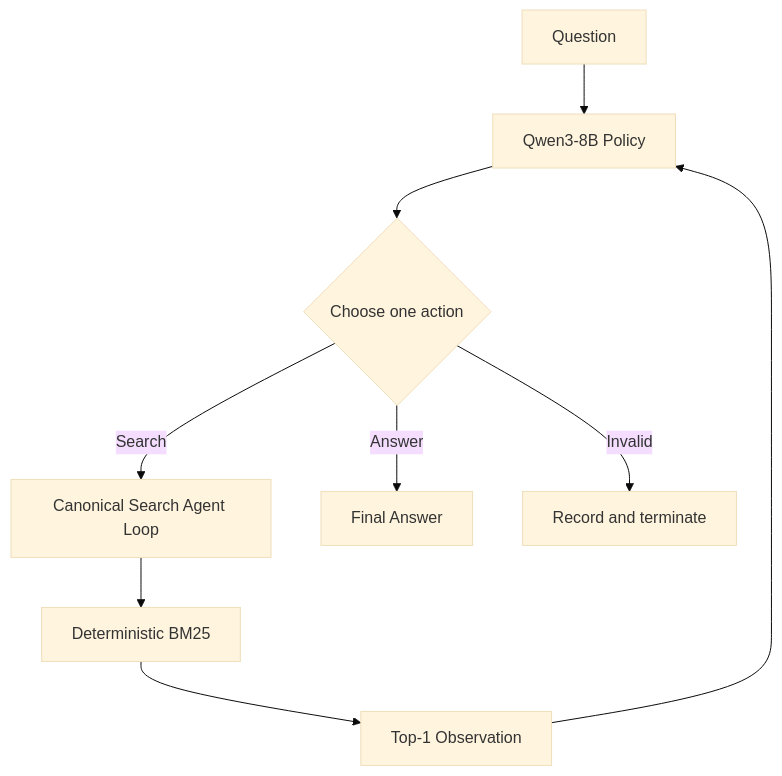
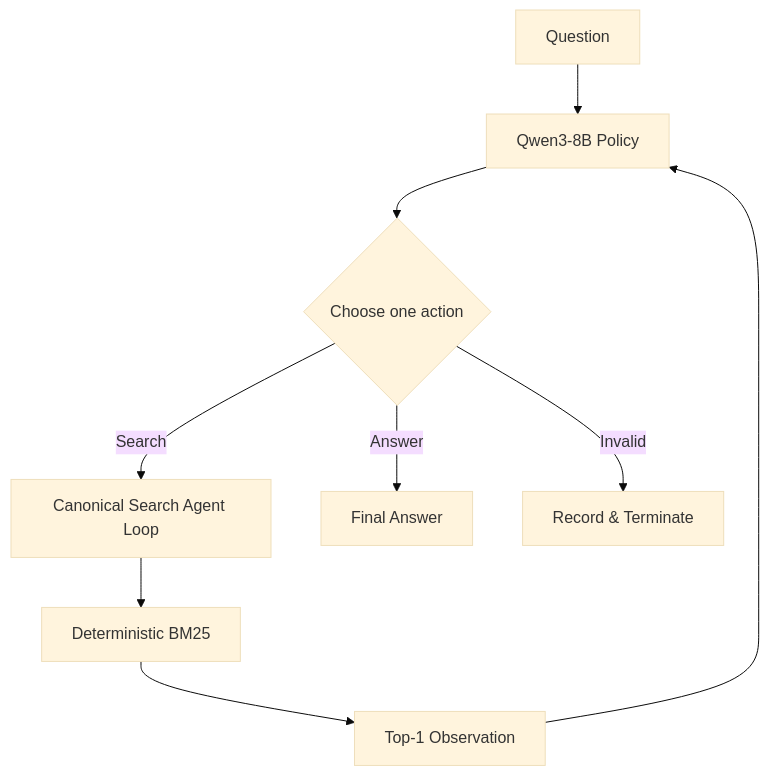
Before and after one commit to Idiotyevsky/EfficientTool-RL: the first of 2 diagrams in README.md, drawn with Mermaid (base theme). The commit also changed other lines of this file and 1 other file, not shown here.

````diff
--- a/README.md
+++ b/README.md
@@ -74,11 +102,13 @@
 ```mermaid
 flowchart TD
     Q[Question] --> P[Qwen3-8B Policy]
     P --> A{Choose one action}
+
     A -->|Search| C[Canonical Search Agent Loop]
     C --> B[Deterministic BM25]
     B --> O[Top-1 Observation]
     O --> P
+
     A -->|Answer| F[Final Answer]
-    A -->|Invalid| X[Record and terminate]
+    A -->|Invalid| X[Record & Terminate]
 ```
````
